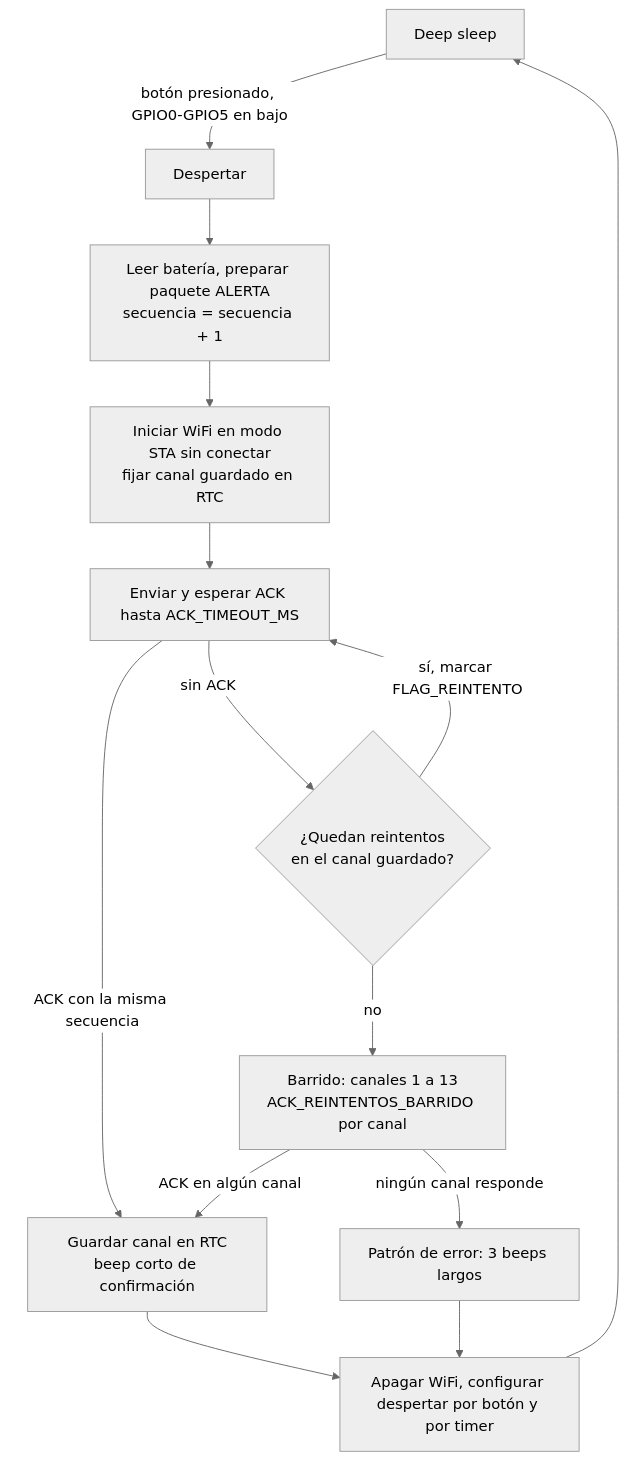
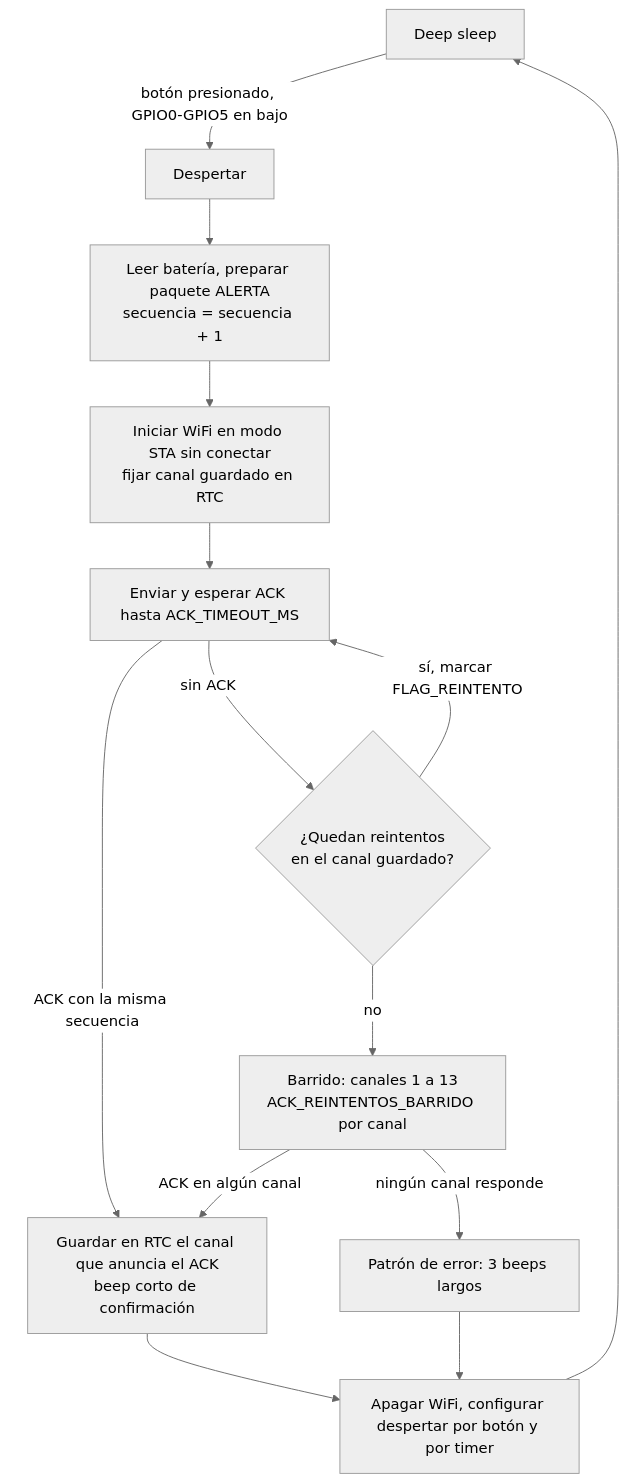
Before and after one commit to Audias22/proyecto-telecom-radar: the diagram in docs/protocolo.md, drawn with Mermaid (neutral theme). The commit also changed other lines of this file and 1 other file, not shown here.

Commit message:
Agrega el canal de la base al ACK en el campo bateria_mv y documenta el problema del canal vecino

````diff
--- a/docs/protocolo.md
+++ b/docs/protocolo.md
@@ -80,16 +85,16 @@
 ```mermaid
 flowchart TD
     A[Deep sleep] -->|botón presionado, GPIO0-GPIO5 en bajo| B[Despertar]
     B --> C[Leer batería, preparar paquete ALERTA<br/>secuencia = secuencia + 1]
     C --> D[Iniciar WiFi en modo STA sin conectar<br/>fijar canal guardado en RTC]
     D --> E[Enviar y esperar ACK hasta ACK_TIMEOUT_MS]
-    E -->|ACK con la misma secuencia| H[Guardar canal en RTC<br/>beep corto de confirmación]
+    E -->|ACK con la misma secuencia| H[Guardar en RTC el canal que anuncia el ACK<br/>beep corto de confirmación]
     E -->|sin ACK| F{¿Quedan reintentos<br/>en el canal guardado?}
     F -->|sí, marcar FLAG_REINTENTO| E
     F -->|no| G[Barrido: canales 1 a 13<br/>ACK_REINTENTOS_BARRIDO por canal]
     G -->|ACK en algún canal| H
     G -->|ningún canal responde| I[Patrón de error: 3 beeps largos]
     H --> J[Apagar WiFi, configurar despertar por botón y por timer]
     I --> J
     J --> A
 ```
````
